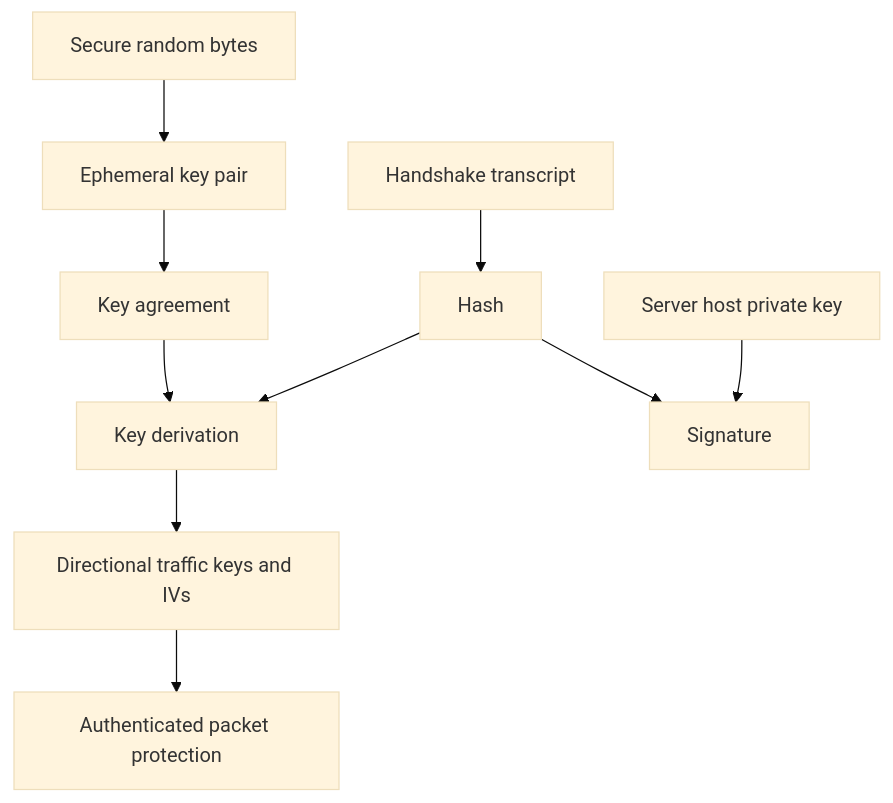
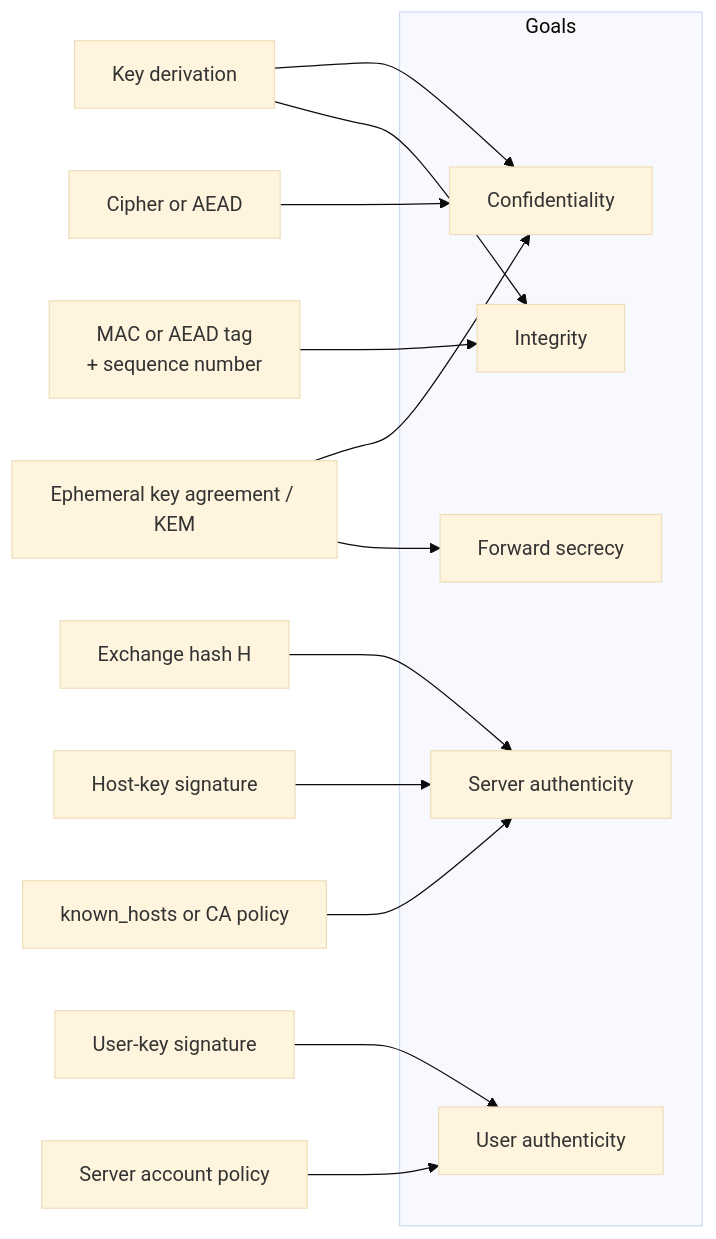
The first of 8 diagrams in src/cryptography-primer.md (fornwall/ssh-protocol), drawn with Mermaid (base theme) before and after one commit. The commit also changed other lines of this file and 26 other files, not shown here.

````diff
--- a/src/cryptography-primer.md
+++ b/src/cryptography-primer.md
@@ -9,12 +40,21 @@
 ```mermaid
-flowchart TB
-    R["Secure random bytes"] --> E["Ephemeral key pair"]
-    E --> KA["Key agreement"]
-    Transcript["Handshake transcript"] --> H["Hash"]
-    KA --> KDF["Key derivation"]
-    H --> KDF
-    KDF --> Keys["Directional traffic keys and IVs"]
-    HostPrivate["Server host private key"] --> Sig["Signature"]
-    H --> Sig
-    Keys --> Protect["Authenticated packet protection"]
+flowchart LR
+    subgraph Goals
+        CONF["Confidentiality"]
+        INT["Integrity"]
+        SA["Server authenticity"]
+        UA["User authenticity"]
+        FS["Forward secrecy"]
+    end
+    KA["Ephemeral key agreement / KEM"] --> CONF
+    KA --> FS
+    KDF["Key derivation"] --> CONF
+    KDF --> INT
+    ENC["Cipher or AEAD"] --> CONF
+    MAC["MAC or AEAD tag<br/>+ sequence number"] --> INT
+    HASH["Exchange hash H"] --> SA
+    SIG["Host-key signature"] --> SA
+    TRUST["known_hosts or CA policy"] --> SA
+    USIG["User-key signature"] --> UA
+    POL["Server account policy"] --> UA
 ```
````
